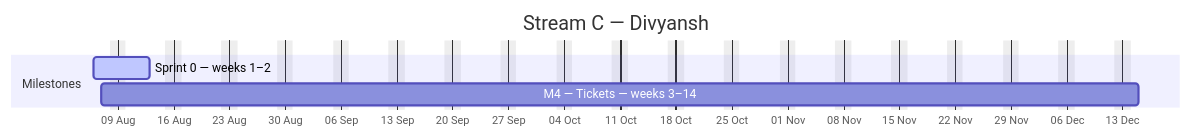
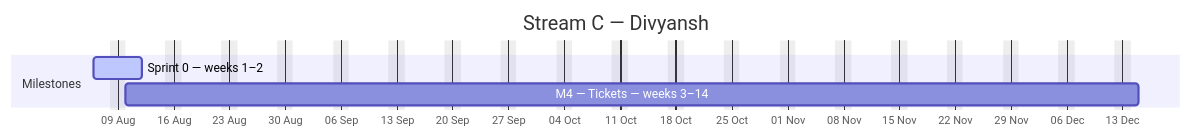
The third of 4 diagrams in docs/plan/GANTT.md (debashisedunext/EduTrack), drawn with Mermaid before and after one commit. The commit also changed other lines of this file and 3 other files, not shown here.

````diff
--- a/docs/plan/GANTT.md
+++ b/docs/plan/GANTT.md
@@ -149,10 +156,10 @@
 ```mermaid
 gantt
     dateFormat YYYY-MM-DD
     axisFormat %d %b
     title Stream C — Divyansh
     excludes weekends
     section Milestones
-    Sprint 0 — weeks 1–2 :active, c0, 2026-08-06, 5d
-    M4 — Tickets — weeks 3–14 :c1, 2026-08-07, 92d
+    Sprint 0 — weeks 1–2 :active, c0, 2026-08-06, 4d
+    M4 — Tickets — weeks 3–14 :c1, 2026-08-10, 91d
 ```
````
